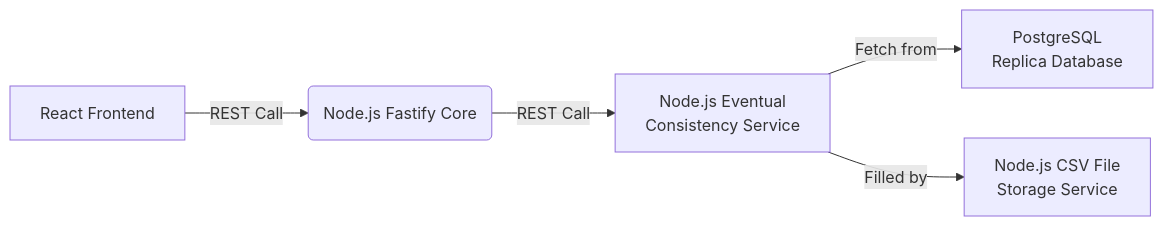
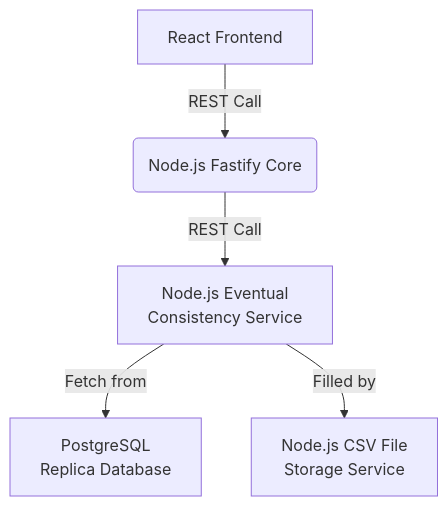
Before and after one commit to scarletquasar/csv-sales-loader: the diagram in README.md, drawn with Mermaid.

````diff
--- a/README.md
+++ b/README.md
@@ -5,10 +5,10 @@
 ```mermaid
-flowchart LR
+flowchart
 
 A[React Frontend] -->|REST Call| B(Node.js Fastify Core)
 
 B -->|REST Call| C[Node.js Eventual  <br> Consistency Service]
 
 C -->|Fetch from| D[PostgreSQL <br> Replica Database]
 C -->|Filled by| E[Node.js CSV File  <br> Storage Service]
 ```
````
